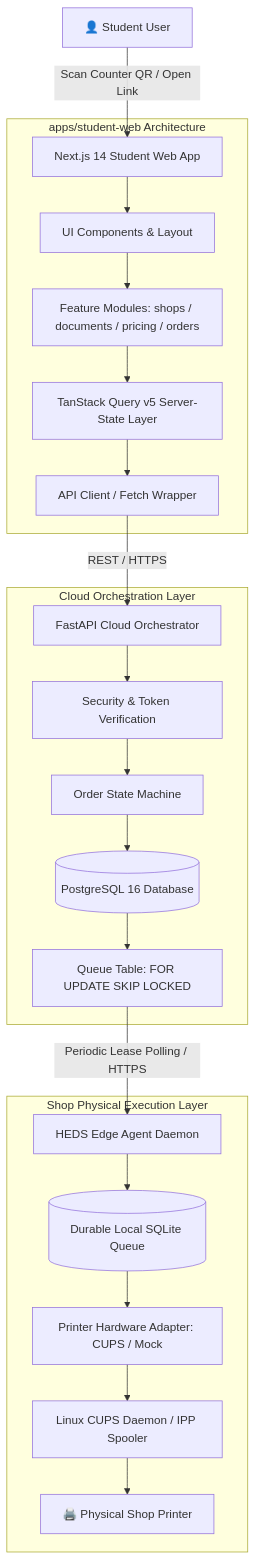
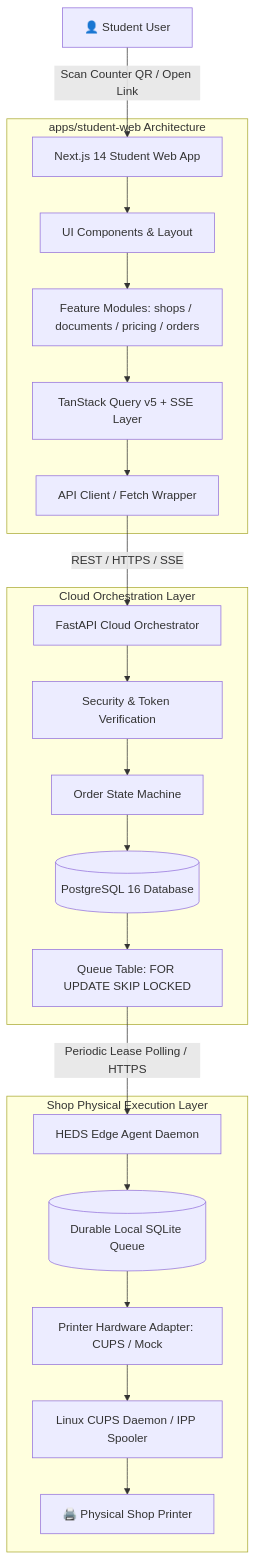
One commit to AnkitX0/HEDS-Hybrid-Edge-Distributed-Print-System changed the first of 2 diagrams in docs/frontend-architecture.md. Above: the diagram before and after it, drawn with Mermaid. The commit also changed other lines of this file and 29 other files, not shown here.

````diff
--- a/docs/frontend-architecture.md
+++ b/docs/frontend-architecture.md
@@ -17,29 +17,29 @@
 ```mermaid
 graph TD
     Student[👤 Student User] -->|Scan Counter QR / Open Link| NextStudent[Next.js 14 Student Web App]
     
     subgraph Frontend_Student [apps/student-web Architecture]
         NextStudent --> UIComp[UI Components & Layout]
         UIComp --> FeatMod[Feature Modules: shops / documents / pricing / orders]
-        FeatMod --> TQ_Student[TanStack Query v5 Server-State Layer]
+        FeatMod --> TQ_Student[TanStack Query v5 + SSE Layer]
         TQ_Student --> API_Student[API Client / Fetch Wrapper]
     end
 
-    API_Student -->|REST / HTTPS| FastAPI[FastAPI Cloud Orchestrator]
+    API_Student -->|REST / HTTPS / SSE| FastAPI[FastAPI Cloud Orchestrator]
 
     subgraph Backend_Cloud [Cloud Orchestration Layer]
         FastAPI --> AuthGuard[Security & Token Verification]
         AuthGuard --> FSM[Order State Machine]
         FSM --> PG_DB[(PostgreSQL 16 Database)]
         PG_DB --> PG_Queue[Queue Table: FOR UPDATE SKIP LOCKED]
     end
 
     PG_Queue -->|Periodic Lease Polling / HTTPS| EdgeAgent[HEDS Edge Agent Daemon]
 
     subgraph Edge_Shop [Shop Physical Execution Layer]
         EdgeAgent --> SQLiteQueue[(Durable Local SQLite Queue)]
         SQLiteQueue --> PrintAdapter[Printer Hardware Adapter: CUPS / Mock]
         PrintAdapter --> CUPSDaemon[Linux CUPS Daemon / IPP Spooler]
         CUPSDaemon --> PhysicalPrinter[🖨️ Physical Shop Printer]
     end
 ```
````
